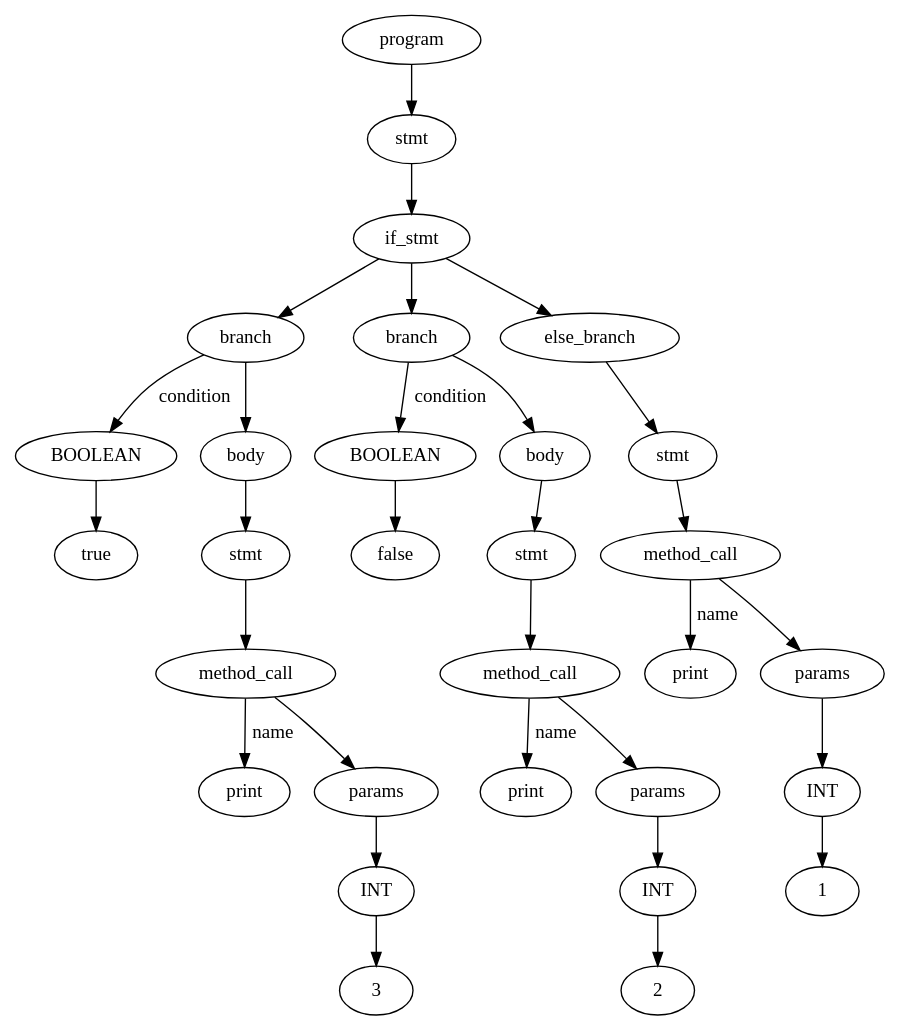
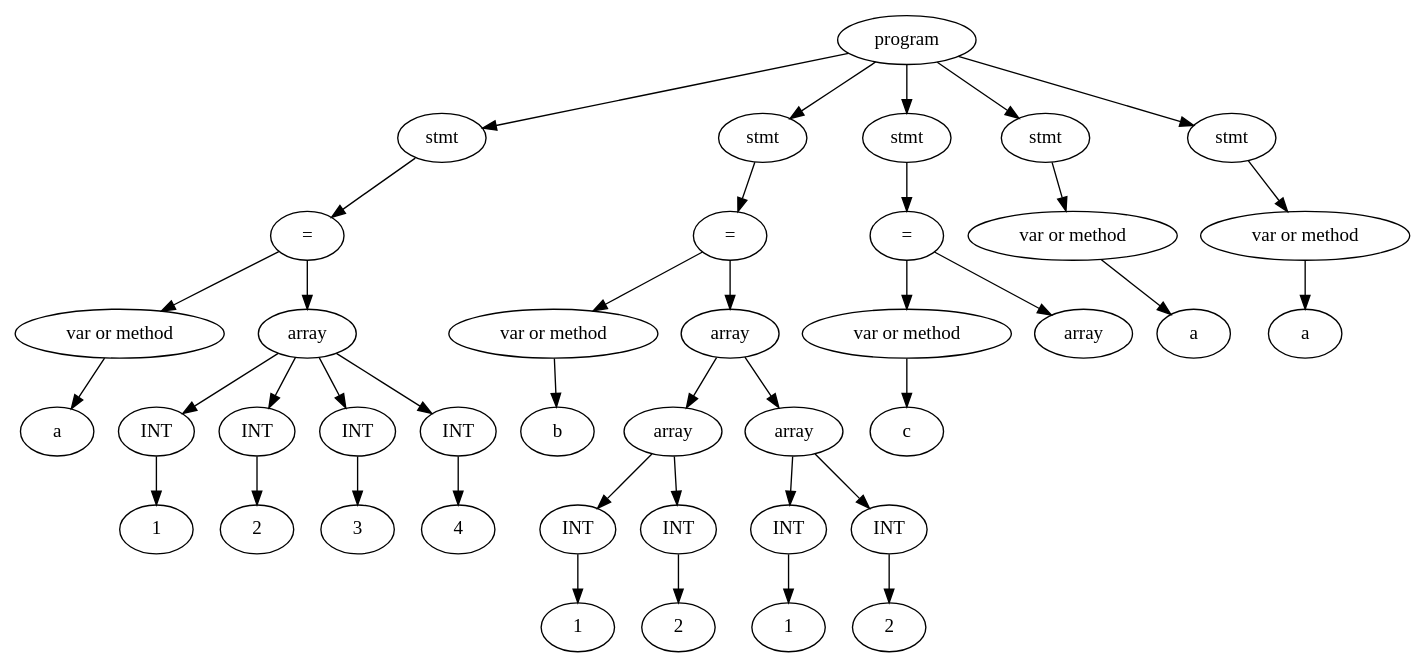
One commit to Kulakov-Nikita/RubyCompiler changed the diagram in RubyCompiler/tree.dot. Above: the diagram before and after it, drawn with Graphviz. The commit also changed 8 other files, not shown here.

```diff
--- a/RubyCompiler/tree.dot
+++ b/RubyCompiler/tree.dot
@@ -1,61 +1,81 @@
 digraph G {
-Id011B9AE0 [label="program"]
-Id011C21A0 [label="stmt"]
-Id011C2F80 [label="if_stmt"]
-Id011B9AA8 [label="branch"]
-Id011B98C0 [label="BOOLEAN"]
-IdVal011B98C0 [label="true"]
-Id011B98C0->IdVal011B98C0
-Id011B9AA8->Id011B98C0  [label="condition"]
-IdBody011B9AA8 [label="body"]
-Id011B9A20 [label="stmt"]
-Id011B99D0 [label="method_call"]
-IdMethodNameVal011B99D0 [label="print"]
-Id011B99D0->IdMethodNameVal011B99D0 [label="name"]
-Id011B9998 [label="params"]
-Id011B99D0->Id011B9998
-Id011B9948 [label="INT"]
-IdVal011B9948 [label="3"]
-Id011B9948->IdVal011B9948
-Id011B9998->Id011B9948
-Id011B9A20->Id011B99D0
-IdBody011B9AA8->Id011B9A20
-Id011B9AA8->IdBody011B9AA8
-Id011C2F80->Id011B9AA8
-Id011B0578 [label="branch"]
-Id011C20B0 [label="BOOLEAN"]
-IdVal011C20B0 [label="false"]
-Id011C20B0->IdVal011C20B0
-Id011B0578->Id011C20B0  [label="condition"]
-IdBody011B0578 [label="body"]
-Id011C2240 [label="stmt"]
-Id011C2560 [label="method_call"]
-IdMethodNameVal011C2560 [label="print"]
-Id011C2560->IdMethodNameVal011C2560 [label="name"]
-Id011B0508 [label="params"]
-Id011C2560->Id011B0508
-Id011C2150 [label="INT"]
-IdVal011C2150 [label="2"]
-Id011C2150->IdVal011C2150
-Id011B0508->Id011C2150
-Id011C2240->Id011C2560
-IdBody011B0578->Id011C2240
-Id011B0578->IdBody011B0578
-Id011C2F80->Id011B0578
-IdElse011C2DF8 [label="else_branch"]
-Id011C1FC0 [label="stmt"]
-Id011C2100 [label="method_call"]
-IdMethodNameVal011C2100 [label="print"]
-Id011C2100->IdMethodNameVal011C2100 [label="name"]
-Id011C2C38 [label="params"]
-Id011C2100->Id011C2C38
-Id011C21F0 [label="INT"]
-IdVal011C21F0 [label="1"]
-Id011C21F0->IdVal011C21F0
-Id011C2C38->Id011C21F0
-Id011C1FC0->Id011C2100
-IdElse011C2DF8->Id011C1FC0
-Id011C2F80->IdElse011C2DF8
-Id011C21A0->Id011C2F80
-Id011B9AE0->Id011C21A0
+Id010C2BA0 [label="program"]
+Id010C2510 [label="stmt"]
+Id010C2740 [label="="]
+Id010B9908 [label="var or method"]
+IdVal010B9908 [label="a"]
+Id010B9908->IdVal010B9908
+Id010C26F0 [label = "array"]
+Id010B9958 [label="INT"]
+IdVal010B9958 [label="1"]
+Id010B9958->IdVal010B9958
+Id010C26F0->Id010B9958
+Id010B99E0 [label="INT"]
+IdVal010B99E0 [label="2"]
+Id010B99E0->IdVal010B99E0
+Id010C26F0->Id010B99E0
+Id010B9A30 [label="INT"]
+IdVal010B9A30 [label="3"]
+Id010B9A30->IdVal010B9A30
+Id010C26F0->Id010B9A30
+Id010C2600 [label="INT"]
+IdVal010C2600 [label="4"]
+Id010C2600->IdVal010C2600
+Id010C26F0->Id010C2600
+Id010C2740->Id010B9908
+Id010C2740->Id010C26F0
+Id010C2510->Id010C2740
+Id010C2BA0->Id010C2510
+Id010C1FC0 [label="stmt"]
+Id010C21F0 [label="="]
+Id010C2420 [label="var or method"]
+IdVal010C2420 [label="b"]
+Id010C2420->IdVal010C2420
+Id010C2150 [label = "array"]
+Id010C2100 [label = "array"]
+Id010C2650 [label="INT"]
+IdVal010C2650 [label="1"]
+Id010C2650->IdVal010C2650
+Id010C2100->Id010C2650
+Id010C2380 [label="INT"]
+IdVal010C2380 [label="2"]
+Id010C2380->IdVal010C2380
+Id010C2100->Id010C2380
+Id010C2150->Id010C2100
+Id010C21A0 [label = "array"]
+Id010C2470 [label="INT"]
+IdVal010C2470 [label="1"]
+Id010C2470->IdVal010C2470
+Id010C21A0->Id010C2470
+Id010C24C0 [label="INT"]
+IdVal010C24C0 [label="2"]
+Id010C24C0->IdVal010C24C0
+Id010C21A0->Id010C24C0
+Id010C2150->Id010C21A0
+Id010C21F0->Id010C2420
+Id010C21F0->Id010C2150
+Id010C1FC0->Id010C21F0
+Id010C2BA0->Id010C1FC0
+Id010C2010 [label="stmt"]
+Id010C2560 [label="="]
+Id010C26A0 [label="var or method"]
+IdVal010C26A0 [label="c"]
+Id010C26A0->IdVal010C26A0
+Id010C2240 [label = "array"]
+Id010C2560->Id010C26A0
+Id010C2560->Id010C2240
+Id010C2010->Id010C2560
+Id010C2BA0->Id010C2010
+Id010C22E0 [label="stmt"]
+Id010C25B0 [label="var or method"]
+IdVal010C25B0 [label="a"]
+Id010C25B0->IdVal010C25B0
+Id010C22E0->Id010C25B0
+Id010C2BA0->Id010C22E0
+Id010C23D0 [label="stmt"]
+Id010C2060 [label="var or method"]
+IdVal010C2060 [label="a"]
+Id010C2060->IdVal010C2060
+Id010C23D0->Id010C2060
+Id010C2BA0->Id010C23D0
 }
```
